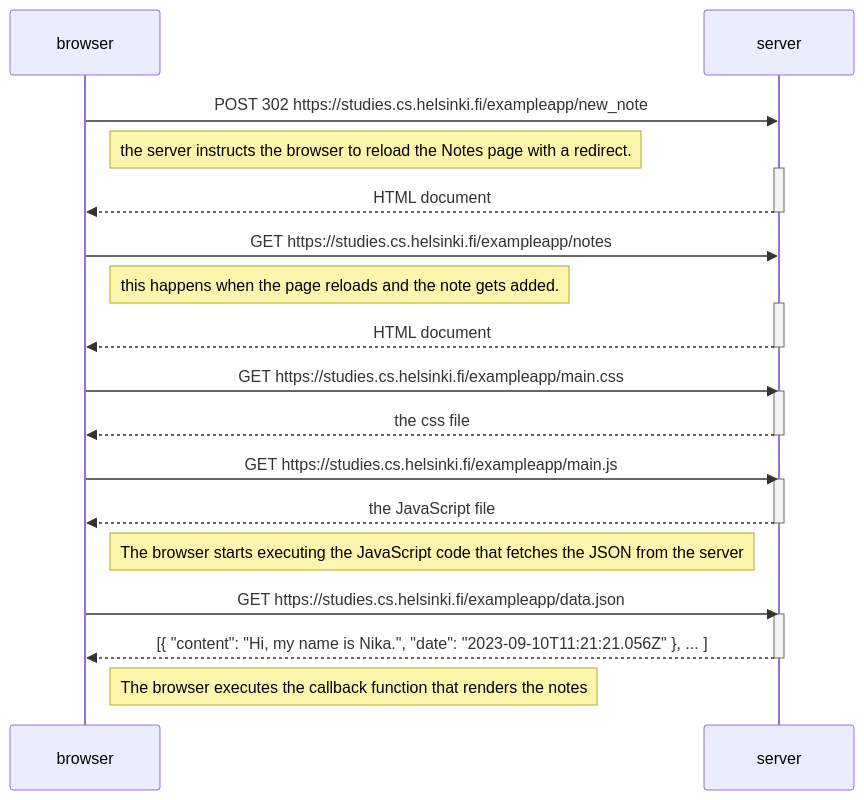
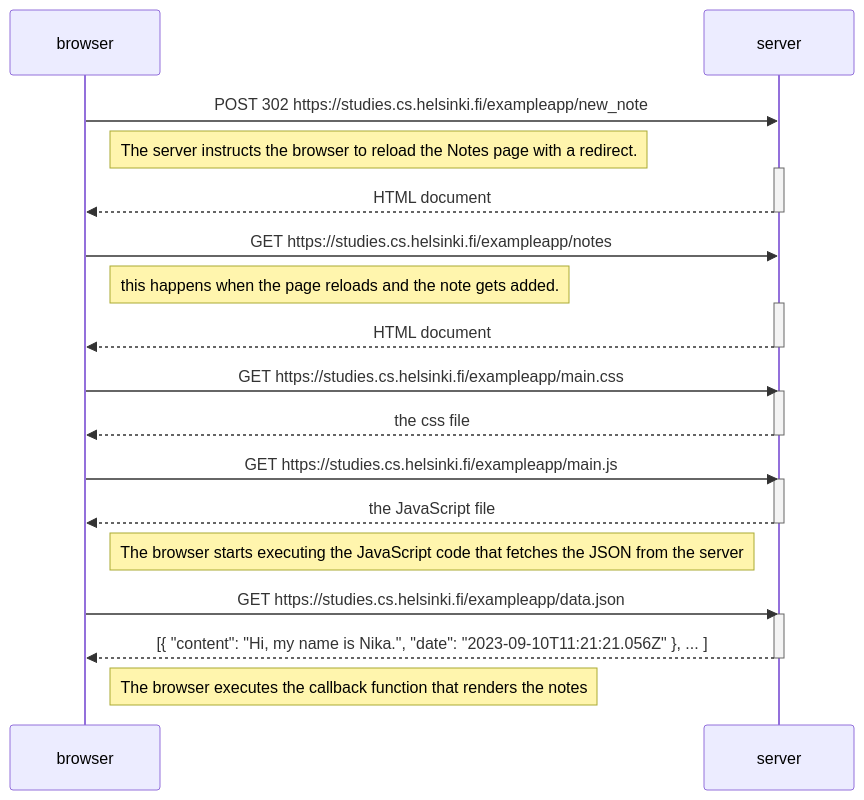
The diagram in Part 0/Ex0.4.mmd (Nikaishere/openBootcamp), drawn with Mermaid before and after one commit.

```diff
--- a/Part 0/Ex0.4.mmd
+++ b/Part 0/Ex0.4.mmd
@@ -1,35 +1,35 @@
 sequenceDiagram
     participant browser
     participant server
 
     browser->>server: POST 302 https://studies.cs.helsinki.fi/exampleapp/new_note 
-               Note right of browser:  the server instructs the browser to reload the Notes page with a redirect.
+               Note right of browser:  The server instructs the browser to reload the Notes page with a redirect.
     activate server
     server-->>browser: HTML document
     deactivate server
 
     browser->>server: GET https://studies.cs.helsinki.fi/exampleapp/notes
                  Note right of browser: this happens when the page reloads and the note gets added.
     activate server
     server-->>browser: HTML document
     deactivate server
 
 
     browser->>server: GET https://studies.cs.helsinki.fi/exampleapp/main.css
     activate server
     server-->>browser: the css file
     deactivate server
 
     browser->>server: GET https://studies.cs.helsinki.fi/exampleapp/main.js
     activate server
     server-->>browser: the JavaScript file
     deactivate server
 
     Note right of browser: The browser starts executing the JavaScript code that fetches the JSON from the server
 
     browser->>server: GET https://studies.cs.helsinki.fi/exampleapp/data.json
     activate server
     server-->>browser: [{ "content": "Hi, my name is Nika.", "date": "2023-09-10T11:21:21.056Z" }, ... ]
     deactivate server
 
     Note right of browser: The browser executes the callback function that renders the notes
```
